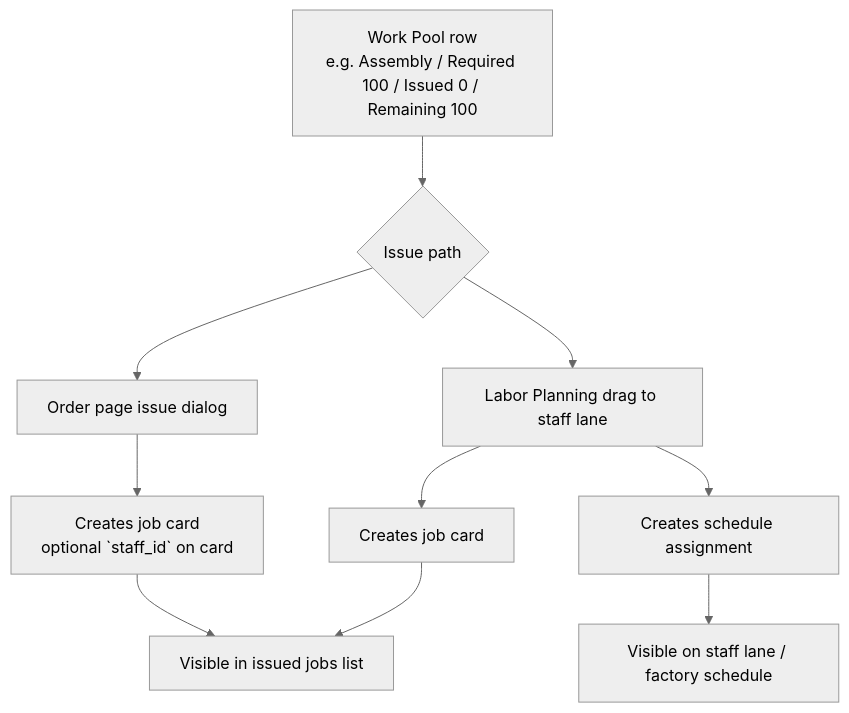
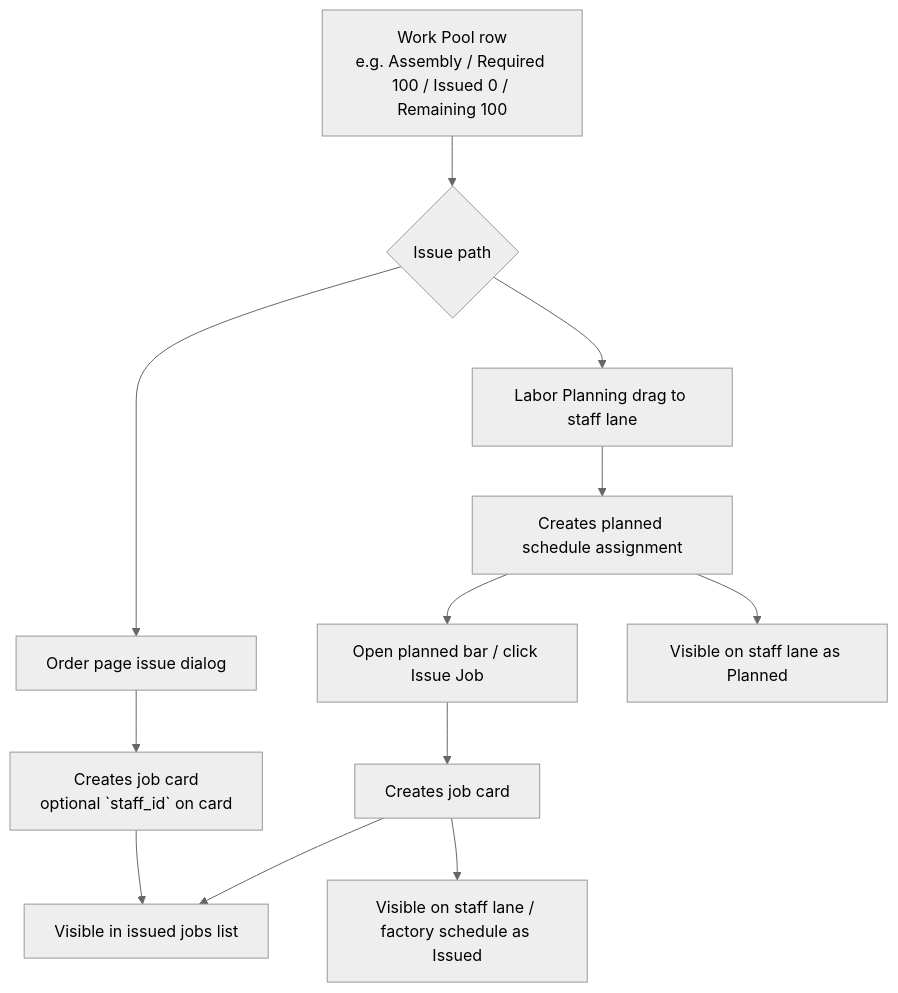
One commit to MaierG74/unity-erp changed the second of 3 diagrams in docs/domains/orders/orders-master.md. Above: the diagram before and after it, drawn with Mermaid (neutral theme). The commit also changed other lines of this file and 12 other files, not shown here.

````diff
--- a/docs/domains/orders/orders-master.md
+++ b/docs/domains/orders/orders-master.md
@@ -211,12 +210,14 @@
 ```mermaid
 flowchart TD
     A["Work Pool row<br/>e.g. Assembly / Required 100 / Issued 0 / Remaining 100"] --> B{"Issue path"}
     B --> C["Order page issue dialog"]
     B --> D["Labor Planning drag to staff lane"]
     C --> E["Creates job card<br/>optional `staff_id` on card"]
-    D --> F["Creates job card"]
-    D --> G["Creates schedule assignment"]
-    E --> H["Visible in issued jobs list"]
-    F --> H
-    G --> I["Visible on staff lane / factory schedule"]
+    D --> F["Creates planned schedule assignment"]
+    F --> G["Open planned bar / click Issue Job"]
+    G --> H["Creates job card"]
+    E --> I["Visible in issued jobs list"]
+    H --> I
+    F --> J["Visible on staff lane as Planned"]
+    H --> K["Visible on staff lane / factory schedule as Issued"]
 ```
````
